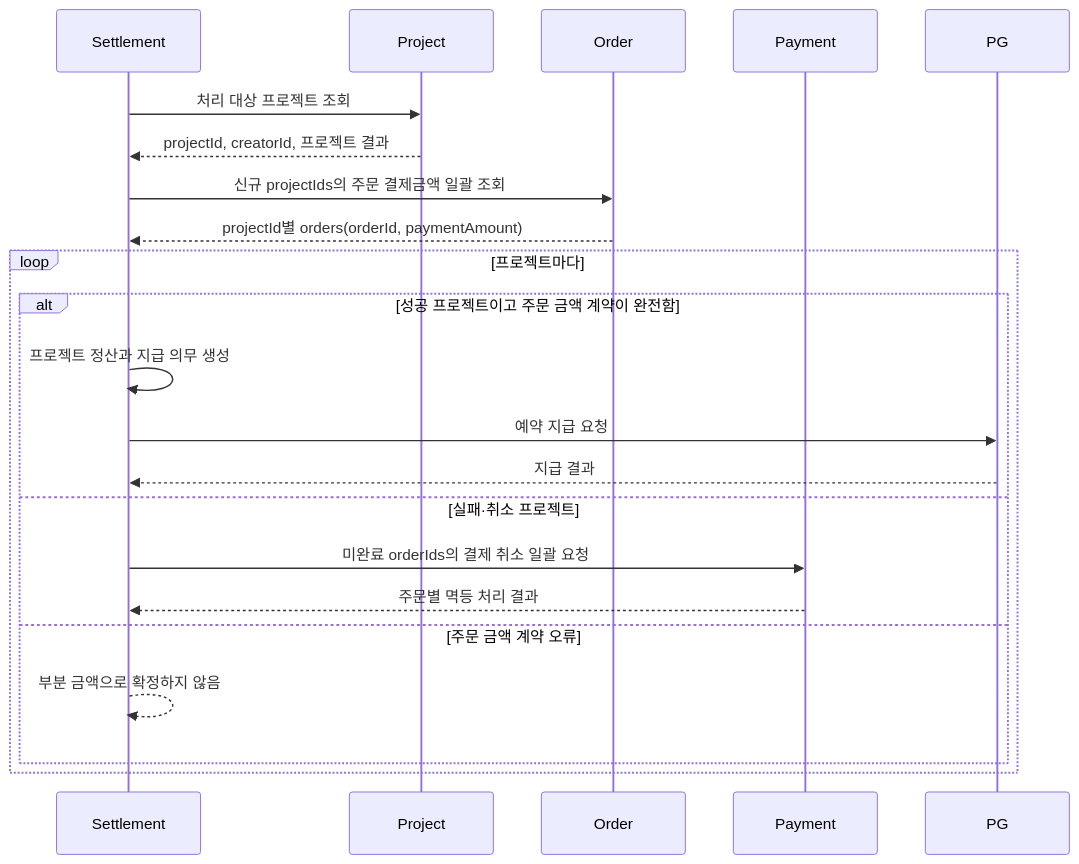
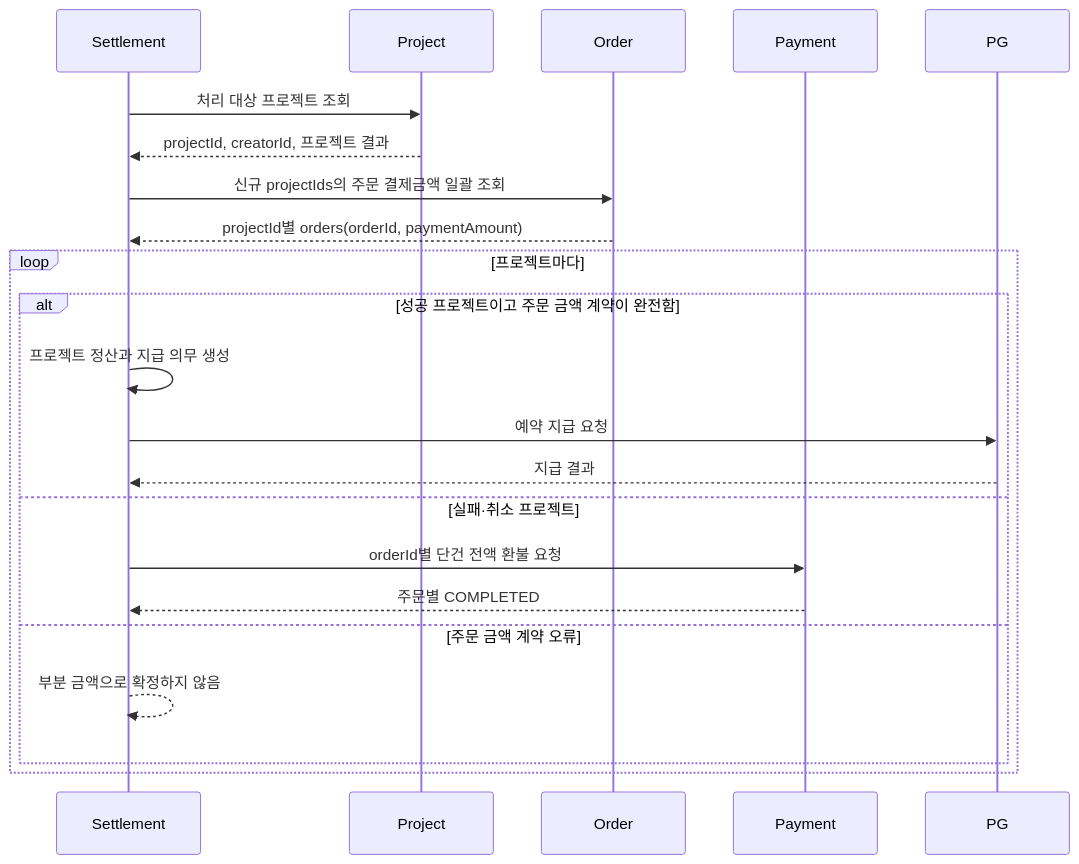
The diagram in settlement-service/README.md (prgrms-be-adv-devcourse/beadv7_7_earlybird_BE), drawn with Mermaid before and after one commit. The commit also changed other lines of this file and 7 other files, not shown here.

````diff
--- a/settlement-service/README.md
+++ b/settlement-service/README.md
@@ -7,25 +7,25 @@
 ```mermaid
 sequenceDiagram
     participant Settlement
     participant Project
     participant Order
     participant Payment
     participant PG
 
     Settlement->>Project: 처리 대상 프로젝트 조회
     Project-->>Settlement: projectId, creatorId, 프로젝트 결과
     Settlement->>Order: 신규 projectIds의 주문 결제금액 일괄 조회
     Order-->>Settlement: projectId별 orders(orderId, paymentAmount)
     loop 프로젝트마다
         alt 성공 프로젝트이고 주문 금액 계약이 완전함
             Settlement->>Settlement: 프로젝트 정산과 지급 의무 생성
             Settlement->>PG: 예약 지급 요청
             PG-->>Settlement: 지급 결과
         else 실패·취소 프로젝트
-            Settlement->>Payment: 미완료 orderIds의 결제 취소 일괄 요청
-            Payment-->>Settlement: 주문별 멱등 처리 결과
+            Settlement->>Payment: orderId별 단건 전액 환불 요청
+            Payment-->>Settlement: 주문별 COMPLETED
         else 주문 금액 계약 오류
             Settlement-->>Settlement: 부분 금액으로 확정하지 않음
         end
     end
 ```
````
